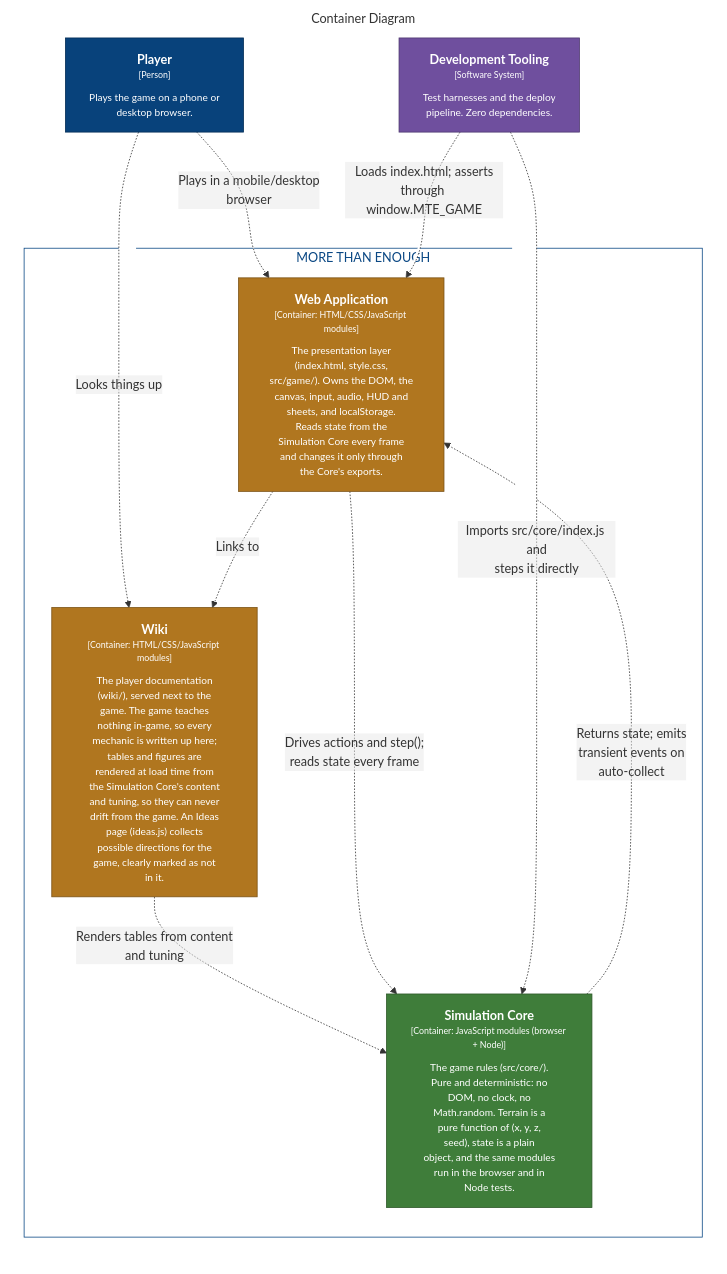
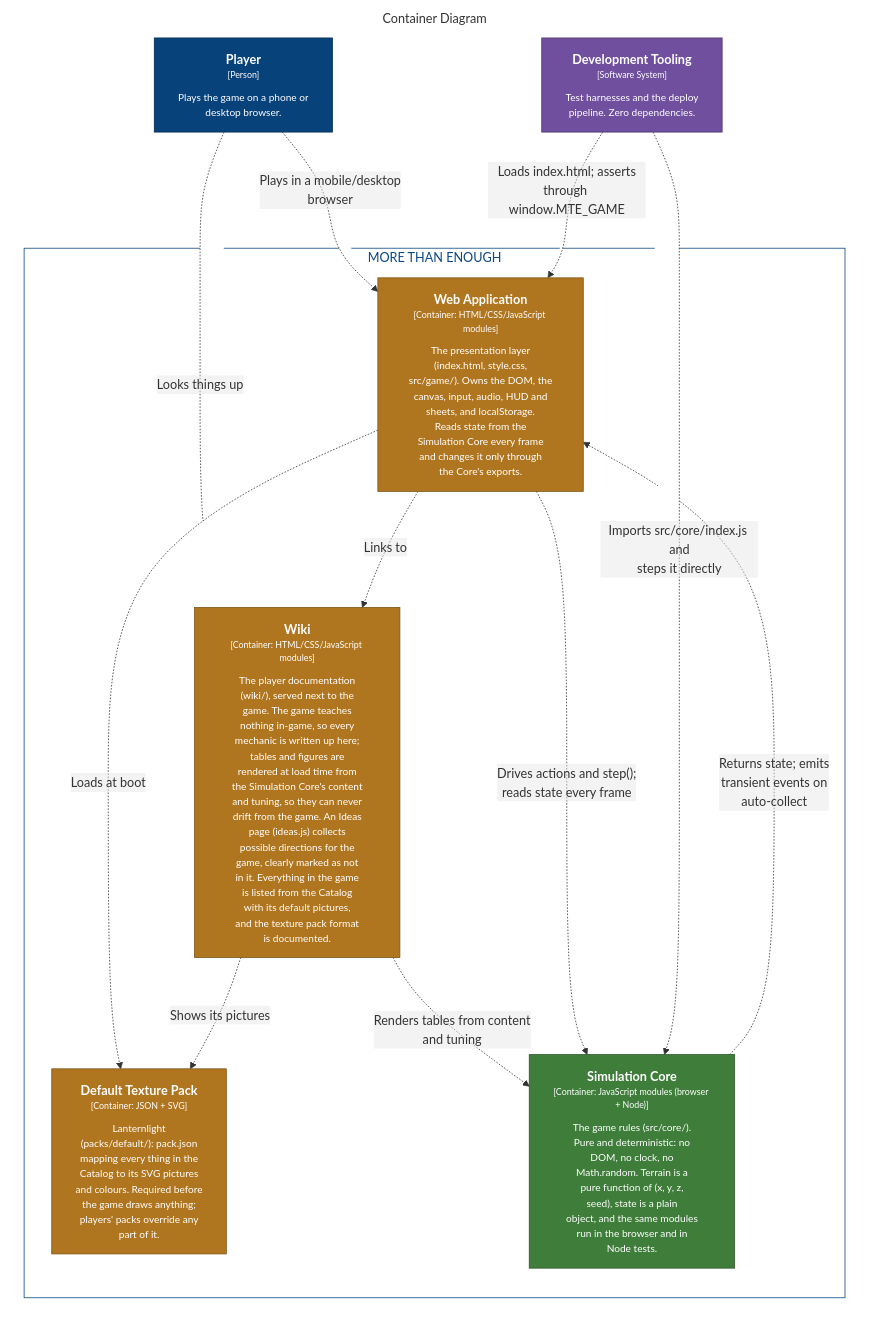
Before and after one commit to bitkojine/more-than-enough: the diagram in structurizr/diagrams/Containers.mmd, drawn with Mermaid. The commit also changed 138 other files, not shown here.

First line of the commit message:
v0.24.0: texture packs, and Lanternlight, a hand-drawn default pack

```diff
--- a/structurizr/diagrams/Containers.mmd
+++ b/structurizr/diagrams/Containers.mmd
@@ -1,33 +1,37 @@
 %% Generated from structurizr/workspace.dsl — do not edit; run: node structurizr/scripts/structurizr.mjs mermaid
 graph LR
   linkStyle default fill:#ffffff
 
   subgraph diagram ["Container Diagram"]
     style diagram fill:#ffffff,stroke:#ffffff
 
     1["<div style='font-weight: bold'>Player</div><div style='font-size: 70%; margin-top: 0px'>[Person]</div><div style='font-size: 80%; margin-top:10px'>Plays the game on a phone or<br />desktop browser.</div>"]
     style 1 fill:#08427b,stroke:#052e56,color:#ffffff
-    21["<div style='font-weight: bold'>Development Tooling</div><div style='font-size: 70%; margin-top: 0px'>[Software System]</div><div style='font-size: 80%; margin-top:10px'>Test harnesses and the deploy<br />pipeline. Zero dependencies.</div>"]
-    style 21 fill:#6f4f9e,stroke:#4d376e,color:#ffffff
+    24["<div style='font-weight: bold'>Development Tooling</div><div style='font-size: 70%; margin-top: 0px'>[Software System]</div><div style='font-size: 80%; margin-top:10px'>Test harnesses and the deploy<br />pipeline. Zero dependencies.</div>"]
+    style 24 fill:#6f4f9e,stroke:#4d376e,color:#ffffff
 
     subgraph 3 ["MORE THAN ENOUGH"]
       style 3 fill:#ffffff,stroke:#0b4884,color:#0b4884
 
-      14["<div style='font-weight: bold'>Wiki</div><div style='font-size: 70%; margin-top: 0px'>[Container: HTML/CSS/JavaScript modules]</div><div style='font-size: 80%; margin-top:10px'>The player documentation<br />(wiki/), served next to the<br />game. The game teaches<br />nothing in-game, so every<br />mechanic is written up here;<br />tables and figures are<br />rendered at load time from<br />the Simulation Core's content<br />and tuning, so they can never<br />drift from the game. An Ideas<br />page (ideas.js) collects<br />possible directions for the<br />game, clearly marked as not<br />in it.</div>"]
-      style 14 fill:#b0761f,stroke:#7b5215,color:#ffffff
-      15["<div style='font-weight: bold'>Simulation Core</div><div style='font-size: 70%; margin-top: 0px'>[Container: JavaScript modules (browser + Node)]</div><div style='font-size: 80%; margin-top:10px'>The game rules (src/core/).<br />Pure and deterministic: no<br />DOM, no clock, no<br />Math.random. Terrain is a<br />pure function of (x, y, z,<br />seed), state is a plain<br />object, and the same modules<br />run in the browser and in<br />Node tests.</div>"]
-      style 15 fill:#3f7d3a,stroke:#2c5728,color:#ffffff
+      15["<div style='font-weight: bold'>Default Texture Pack</div><div style='font-size: 70%; margin-top: 0px'>[Container: JSON + SVG]</div><div style='font-size: 80%; margin-top:10px'>Lanternlight<br />(packs/default/): pack.json<br />mapping every thing in the<br />Catalog to its SVG pictures<br />and colours. Required before<br />the game draws anything;<br />players' packs override any<br />part of it.</div>"]
+      style 15 fill:#b0761f,stroke:#7b5215,color:#ffffff
+      16["<div style='font-weight: bold'>Wiki</div><div style='font-size: 70%; margin-top: 0px'>[Container: HTML/CSS/JavaScript modules]</div><div style='font-size: 80%; margin-top:10px'>The player documentation<br />(wiki/), served next to the<br />game. The game teaches<br />nothing in-game, so every<br />mechanic is written up here;<br />tables and figures are<br />rendered at load time from<br />the Simulation Core's content<br />and tuning, so they can never<br />drift from the game. An Ideas<br />page (ideas.js) collects<br />possible directions for the<br />game, clearly marked as not<br />in it. Everything in the game<br />is listed from the Catalog<br />with its default pictures,<br />and the texture pack format<br />is documented.</div>"]
+      style 16 fill:#b0761f,stroke:#7b5215,color:#ffffff
+      17["<div style='font-weight: bold'>Simulation Core</div><div style='font-size: 70%; margin-top: 0px'>[Container: JavaScript modules (browser + Node)]</div><div style='font-size: 80%; margin-top:10px'>The game rules (src/core/).<br />Pure and deterministic: no<br />DOM, no clock, no<br />Math.random. Terrain is a<br />pure function of (x, y, z,<br />seed), state is a plain<br />object, and the same modules<br />run in the browser and in<br />Node tests.</div>"]
+      style 17 fill:#3f7d3a,stroke:#2c5728,color:#ffffff
       4["<div style='font-weight: bold'>Web Application</div><div style='font-size: 70%; margin-top: 0px'>[Container: HTML/CSS/JavaScript modules]</div><div style='font-size: 80%; margin-top:10px'>The presentation layer<br />(index.html, style.css,<br />src/game/). Owns the DOM, the<br />canvas, input, audio, HUD and<br />sheets, and localStorage.<br />Reads state from the<br />Simulation Core every frame<br />and changes it only through<br />the Core's exports.</div>"]
       style 4 fill:#b0761f,stroke:#7b5215,color:#ffffff
     end
 
     1-. "<div>Plays in a mobile/desktop<br />browser</div><div style='font-size: 70%'></div>" .->4
-    1-. "<div>Looks things up</div><div style='font-size: 70%'></div>" .->14
-    4-. "<div>Links to</div><div style='font-size: 70%'></div>" .->14
-    14-. "<div>Renders tables from content<br />and tuning</div><div style='font-size: 70%'></div>" .->15
-    4-. "<div>Drives actions and step();<br />reads state every frame</div><div style='font-size: 70%'></div>" .->15
-    15-. "<div>Returns state; emits<br />transient events on<br />auto-collect</div><div style='font-size: 70%'></div>" .->4
-    21-. "<div>Imports src/core/index.js and<br />steps it directly</div><div style='font-size: 70%'></div>" .->15
-    21-. "<div>Loads index.html; asserts<br />through window.MTE_GAME</div><div style='font-size: 70%'></div>" .->4
+    1-. "<div>Looks things up</div><div style='font-size: 70%'></div>" .->16
+    4-. "<div>Links to</div><div style='font-size: 70%'></div>" .->16
+    16-. "<div>Renders tables from content<br />and tuning</div><div style='font-size: 70%'></div>" .->17
+    4-. "<div>Drives actions and step();<br />reads state every frame</div><div style='font-size: 70%'></div>" .->17
+    17-. "<div>Returns state; emits<br />transient events on<br />auto-collect</div><div style='font-size: 70%'></div>" .->4
+    24-. "<div>Imports src/core/index.js and<br />steps it directly</div><div style='font-size: 70%'></div>" .->17
+    24-. "<div>Loads index.html; asserts<br />through window.MTE_GAME</div><div style='font-size: 70%'></div>" .->4
+    4-. "<div>Loads at boot</div><div style='font-size: 70%'></div>" .->15
+    16-. "<div>Shows its pictures</div><div style='font-size: 70%'></div>" .->15
 
   end
```
